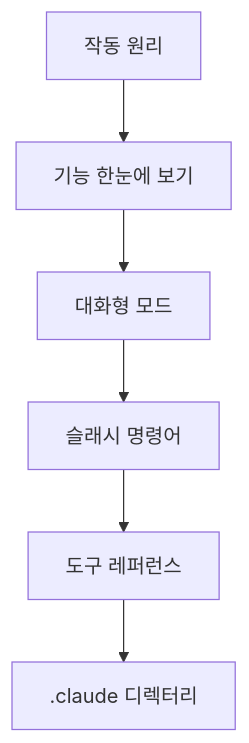
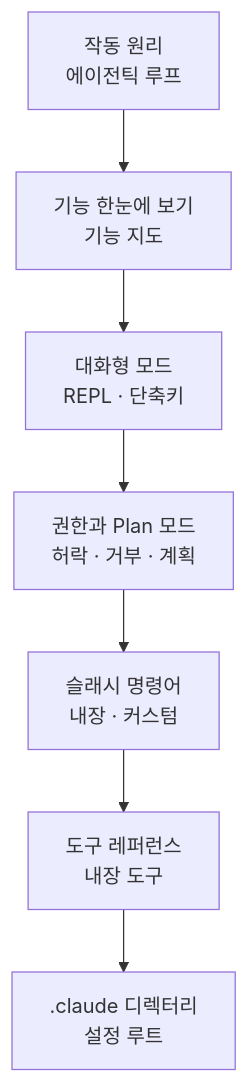
The diagram in docs-site/content/ko/claude-code/foundations/_index.md (modu-ai/moai-adk), drawn with Mermaid before and after one commit. The commit also changed other lines of this file and 8 other files, not shown here.

````diff
--- a/docs-site/content/ko/claude-code/foundations/_index.md
+++ b/docs-site/content/ko/claude-code/foundations/_index.md
@@ -21,8 +22,9 @@
 ```mermaid
 flowchart TD
-    A[작동 원리] --> B[기능 한눈에 보기]
-    B --> C[대화형 모드]
-    C --> D[슬래시 명령어]
-    D --> E[도구 레퍼런스]
-    E --> F[.claude 디렉터리]
+    A[작동 원리<br>에이전틱 루프] --> B[기능 한눈에 보기<br>기능 지도]
+    B --> C[대화형 모드<br>REPL · 단축키]
+    C --> D[권한과 Plan 모드<br>허락 · 거부 · 계획]
+    D --> E[슬래시 명령어<br>내장 · 커스텀]
+    E --> F[도구 레퍼런스<br>내장 도구]
+    F --> G[.claude 디렉터리<br>설정 루트]
 ```
````
